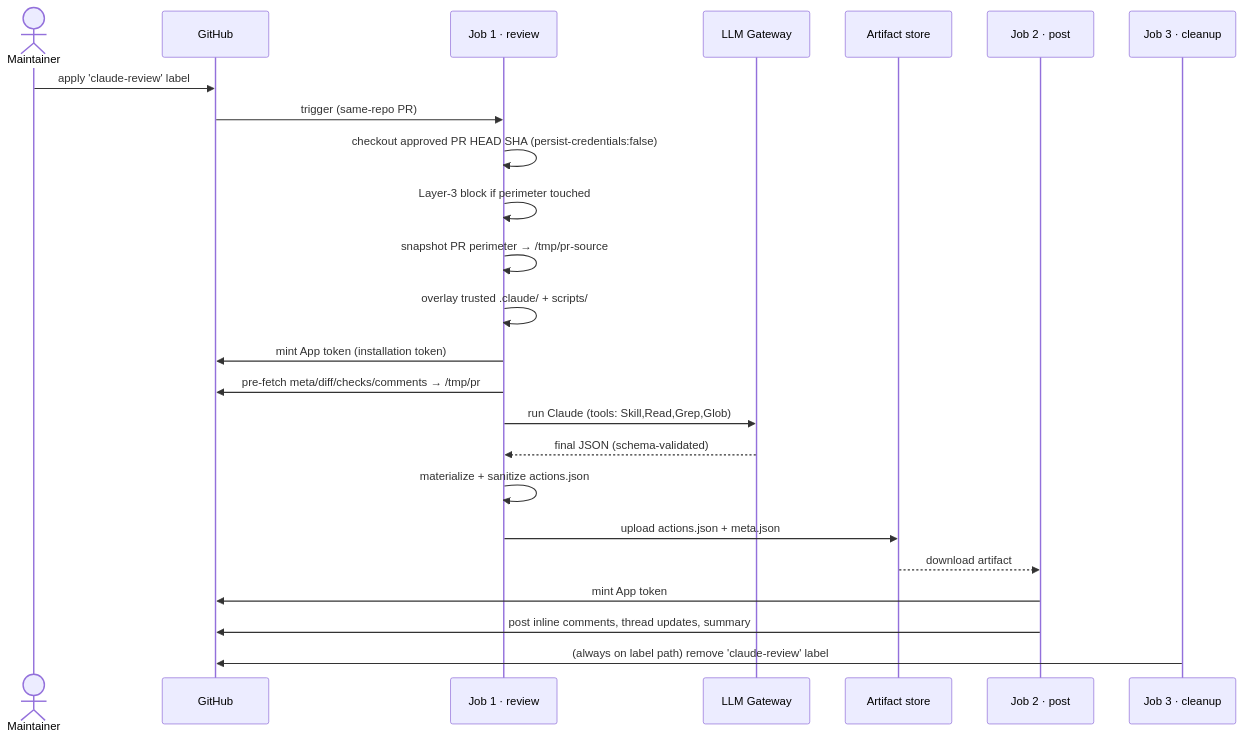
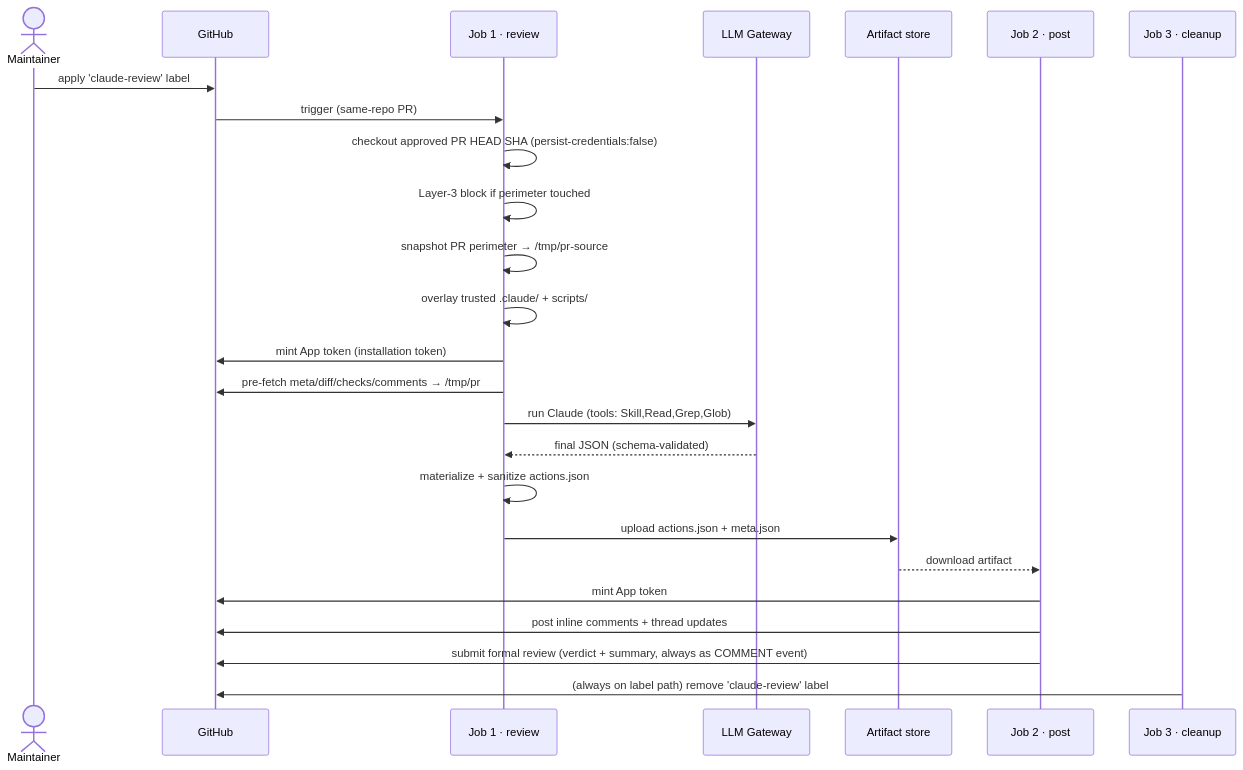
The fourth of 5 diagrams in .github/workflows/CLAUDE_AUTO_REVIEW.md (ROCm/rocMLIR), drawn with Mermaid before and after one commit. The commit also changed other lines of this file and 6 other files, not shown here.

````diff
--- a/.github/workflows/CLAUDE_AUTO_REVIEW.md
+++ b/.github/workflows/CLAUDE_AUTO_REVIEW.md
@@ -288,27 +294,28 @@
 ```mermaid
 sequenceDiagram
     actor M as Maintainer
     participant GH as GitHub
     participant R as Job 1 · review
     participant LLM as LLM Gateway
     participant A as Artifact store
     participant P as Job 2 · post
     participant C as Job 3 · cleanup
 
     M->>GH: apply 'claude-review' label
     GH->>R: trigger (same-repo PR)
     R->>R: checkout approved PR HEAD SHA (persist-credentials:false)
     R->>R: Layer-3 block if perimeter touched
     R->>R: snapshot PR perimeter → /tmp/pr-source
     R->>R: overlay trusted .claude/ + scripts/
     R->>GH: mint App token (installation token)
     R->>GH: pre-fetch meta/diff/checks/comments → /tmp/pr
     R->>LLM: run Claude (tools: Skill,Read,Grep,Glob)
     LLM-->>R: final JSON (schema-validated)
     R->>R: materialize + sanitize actions.json
     R->>A: upload actions.json + meta.json
     A-->>P: download artifact
     P->>GH: mint App token
-    P->>GH: post inline comments, thread updates, summary
+    P->>GH: post inline comments + thread updates
+    P->>GH: submit formal review (verdict + summary, always as COMMENT event)
     C->>GH: (always on label path) remove 'claude-review' label
 ```
````
